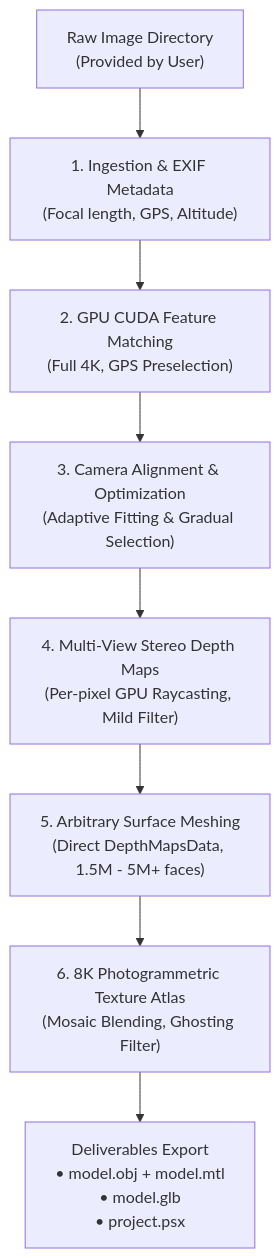
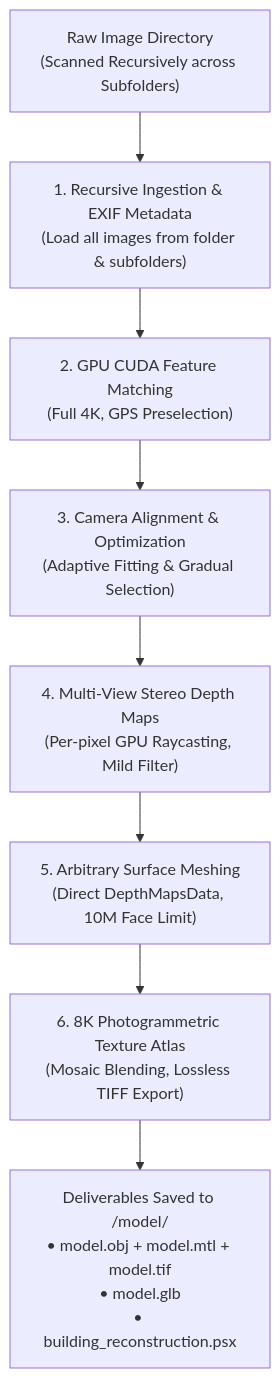
One commit to ngviettam82/AutoMetashape changed the diagram in skills/user/image-to-3d-model/SKILL.md. Above: the diagram before and after it, drawn with Mermaid. The commit also changed other lines of this file and 1 other file, not shown here.

Commit message:
feat: Add recursive image discovery and default model subfolder destination

````diff
--- a/skills/user/image-to-3d-model/SKILL.md
+++ b/skills/user/image-to-3d-model/SKILL.md
@@ -32,10 +33,10 @@
 ```mermaid
 flowchart TD
-    A["Raw Image Directory<br/>(Provided by User)"] --> B["1. Ingestion & EXIF Metadata<br/>(Focal length, GPS, Altitude)"]
+    A["Raw Image Directory<br/>(Scanned Recursively across Subfolders)"] --> B["1. Recursive Ingestion & EXIF Metadata<br/>(Load all images from folder & subfolders)"]
     B --> C["2. GPU CUDA Feature Matching<br/>(Full 4K, GPS Preselection)"]
     C --> D["3. Camera Alignment & Optimization<br/>(Adaptive Fitting & Gradual Selection)"]
     D --> E["4. Multi-View Stereo Depth Maps<br/>(Per-pixel GPU Raycasting, Mild Filter)"]
-    E --> F["5. Arbitrary Surface Meshing<br/>(Direct DepthMapsData, 1.5M - 5M+ faces)"]
-    F --> G["6. 8K Photogrammetric Texture Atlas<br/>(Mosaic Blending, Ghosting Filter)"]
-    G --> H["Deliverables Export<br/>• model.obj + model.mtl<br/>• model.glb<br/>• project.psx"]
+    E --> F["5. Arbitrary Surface Meshing<br/>(Direct DepthMapsData, 10M Face Limit)"]
+    F --> G["6. 8K Photogrammetric Texture Atlas<br/>(Mosaic Blending, Lossless TIFF Export)"]
+    G --> H["Deliverables Saved to <images_dir>/model/<br/>• model.obj + model.mtl + model.tif<br/>• model.glb<br/>• building_reconstruction.psx"]
 ```
````
